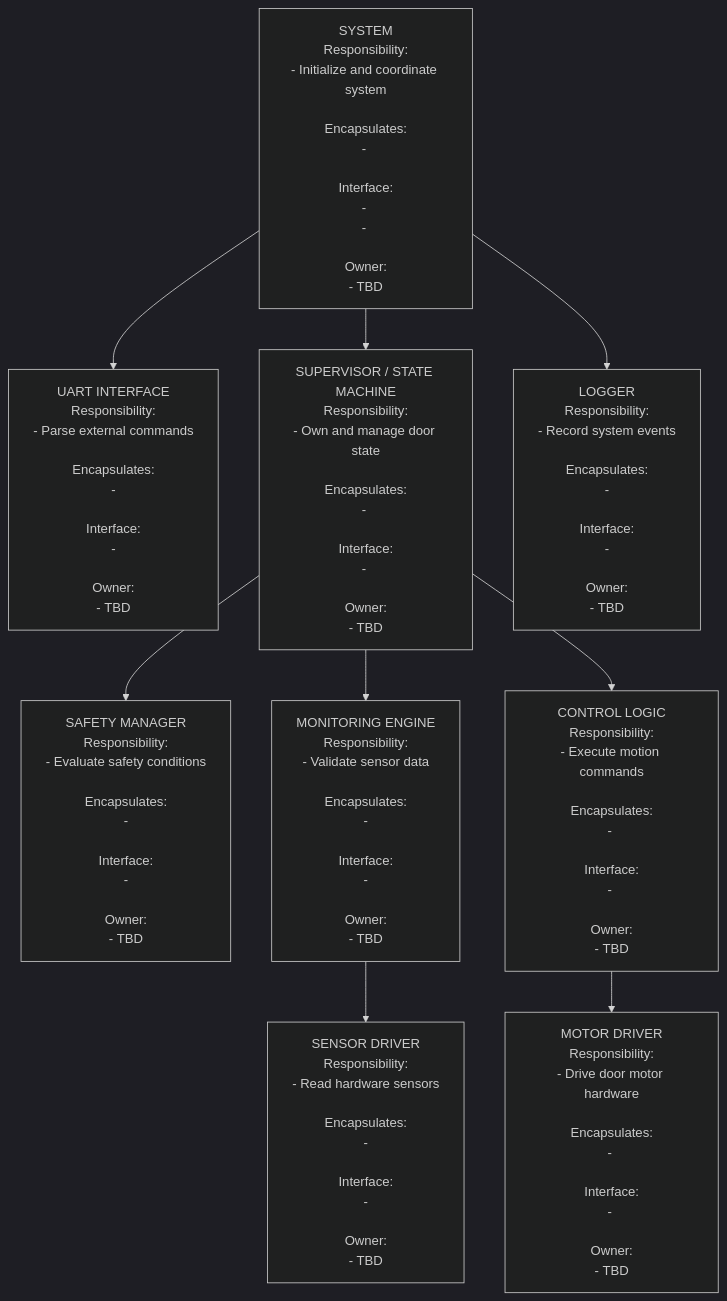
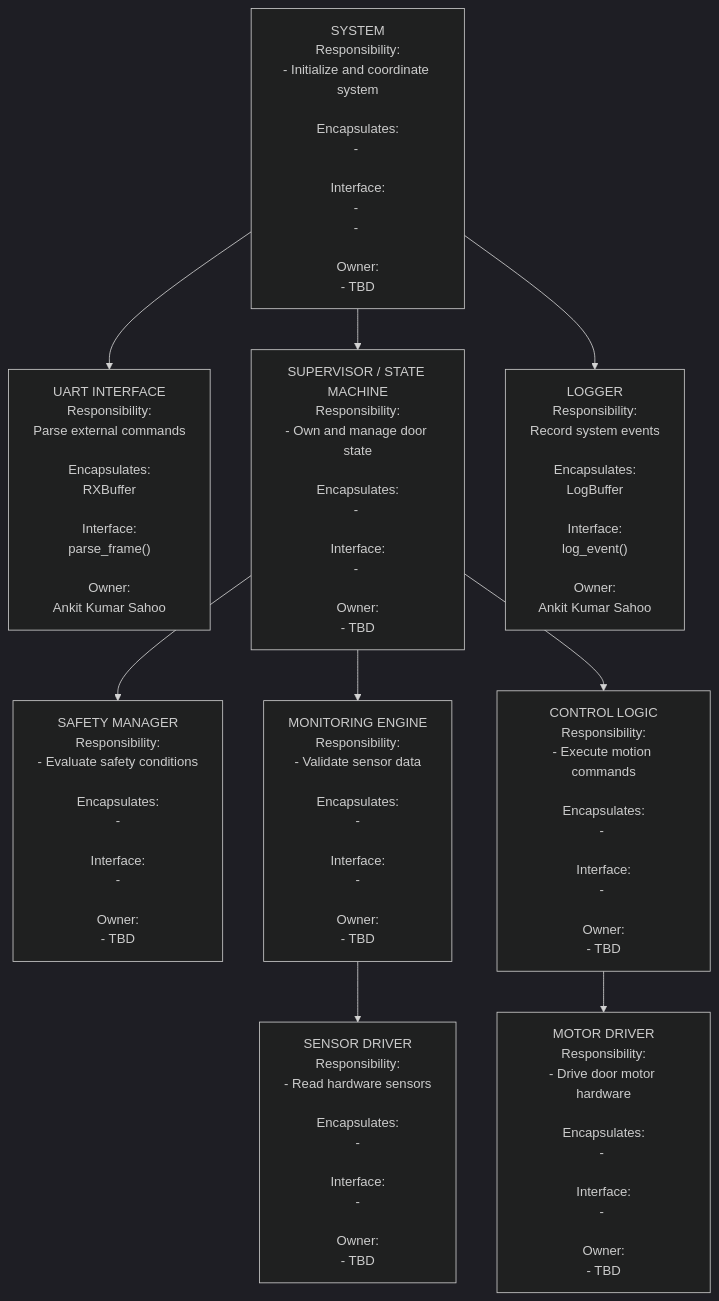
Before and after one commit to csg523/project-p7-elevator-door: the diagram in docs/sections/architecture.md, drawn with Mermaid (dark theme).

```diff
--- a/docs/sections/architecture.md
+++ b/docs/sections/architecture.md
@@ -20,16 +20,16 @@
 
 System --> UART["UART INTERFACE
 Responsibility:
-- Parse external commands
+Parse external commands
 
 Encapsulates:
-- <RXBuffer>
+RXBuffer
 
 Interface:
-- <parse_frame()>
+parse_frame()
 
 Owner:
-- TBD
+Ankit Kumar Sahoo
 "]
 
 System --> Supervisor["SUPERVISOR / STATE MACHINE
@@ -48,16 +48,16 @@
 
 System --> Logger["LOGGER
 Responsibility:
-- Record system events
+Record system events
 
 Encapsulates:
-- <LogBuffer>
+LogBuffer
 
 Interface:
-- <log_event()>
+log_event()
 
 Owner:
-- TBD
+Ankit Kumar Sahoo
 "]
 
 Supervisor --> Safety["SAFETY MANAGER
```
